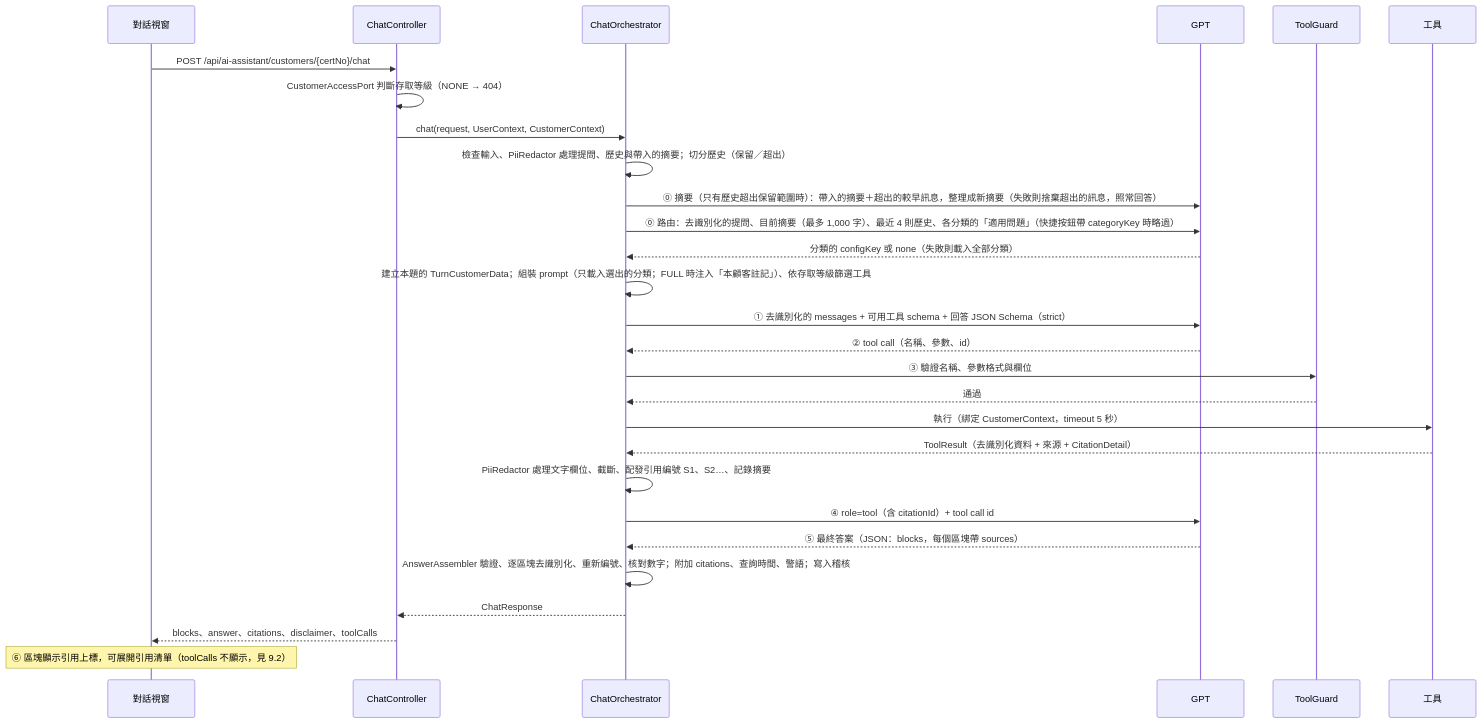
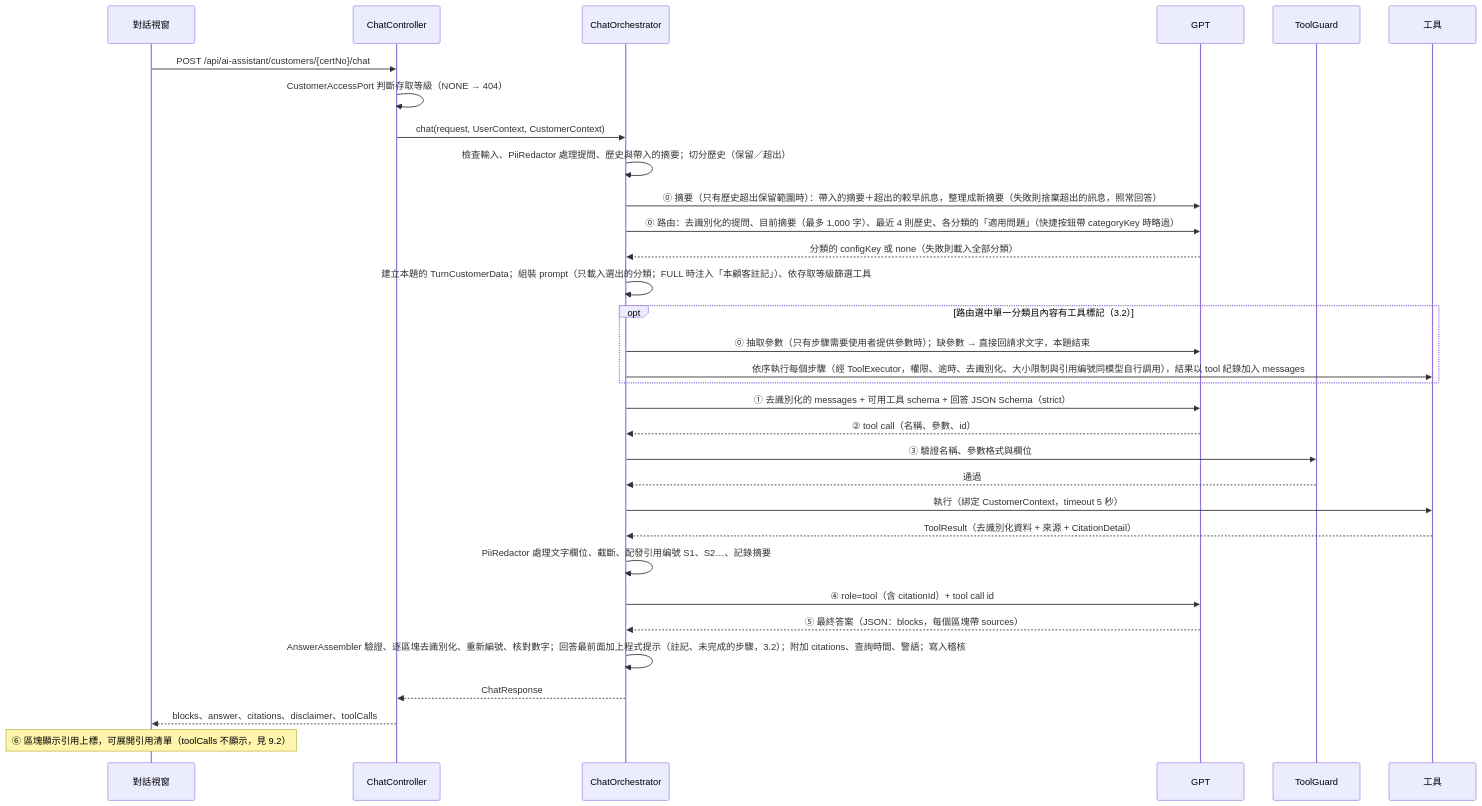
One commit to Rue1216/assistant-poc changed the fifth of 11 diagrams in docs/spec/01-architecture.md. Above: the diagram before and after it, drawn with Mermaid. The commit also changed other lines of this file and 23 other files, not shown here.

````diff
--- a/docs/spec/01-architecture.md
+++ b/docs/spec/01-architecture.md
@@ -197,31 +197,35 @@
 ```mermaid
 sequenceDiagram
   participant U as 對話視窗
   participant C as ChatController
   participant O as ChatOrchestrator
   participant G as GPT
   participant TG as ToolGuard
   participant T as 工具
 
   U->>C: POST /api/ai-assistant/customers/{certNo}/chat
   C->>C: CustomerAccessPort 判斷存取等級（NONE → 404）
   C->>O: chat(request, UserContext, CustomerContext)
   O->>O: 檢查輸入、PiiRedactor 處理提問、歷史與帶入的摘要；切分歷史（保留／超出）
   O->>G: ⓪ 摘要（只有歷史超出保留範圍時）：帶入的摘要＋超出的較早訊息，整理成新摘要（失敗則捨棄超出的訊息，照常回答）
   O->>G: ⓪ 路由：去識別化的提問、目前摘要（最多 1,000 字）、最近 4 則歷史、各分類的「適用問題」（快捷按鈕帶 categoryKey 時略過）
   G-->>O: 分類的 configKey 或 none（失敗則載入全部分類）
   O->>O: 建立本題的 TurnCustomerData；組裝 prompt（只載入選出的分類；FULL 時注入「本顧客註記」）、依存取等級篩選工具
+  opt 路由選中單一分類且內容有工具標記（3.2）
+    O->>G: ⓪ 抽取參數（只有步驟需要使用者提供參數時）；缺參數 → 直接回請求文字，本題結束
+    O->>T: 依序執行每個步驟（經 ToolExecutor，權限、逾時、去識別化、大小限制與引用編號同模型自行調用），結果以 tool 紀錄加入 messages
+  end
   O->>G: ① 去識別化的 messages + 可用工具 schema + 回答 JSON Schema（strict）
   G-->>O: ② tool call（名稱、參數、id）
   O->>TG: ③ 驗證名稱、參數格式與欄位
   TG-->>O: 通過
   O->>T: 執行（綁定 CustomerContext，timeout 5 秒）
   T-->>O: ToolResult（去識別化資料 + 來源 + CitationDetail）
   O->>O: PiiRedactor 處理文字欄位、截斷、配發引用編號 S1、S2…、記錄摘要
   O->>G: ④ role=tool（含 citationId）+ tool call id
   G-->>O: ⑤ 最終答案（JSON：blocks，每個區塊帶 sources）
-  O->>O: AnswerAssembler 驗證、逐區塊去識別化、重新編號、核對數字；附加 citations、查詢時間、警語；寫入稽核
+  O->>O: AnswerAssembler 驗證、逐區塊去識別化、重新編號、核對數字；回答最前面加上程式提示（註記、未完成的步驟，3.2）；附加 citations、查詢時間、警語；寫入稽核
   O-->>C: ChatResponse
   C-->>U: blocks、answer、citations、disclaimer、toolCalls
   Note over U: ⑥ 區塊顯示引用上標，可展開引用清單（toolCalls 不顯示，見 9.2）
 ```
````
